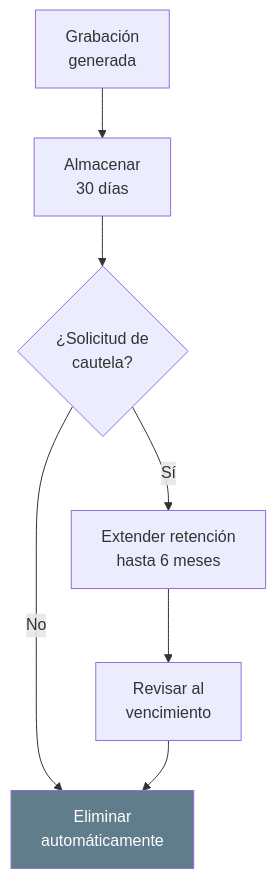
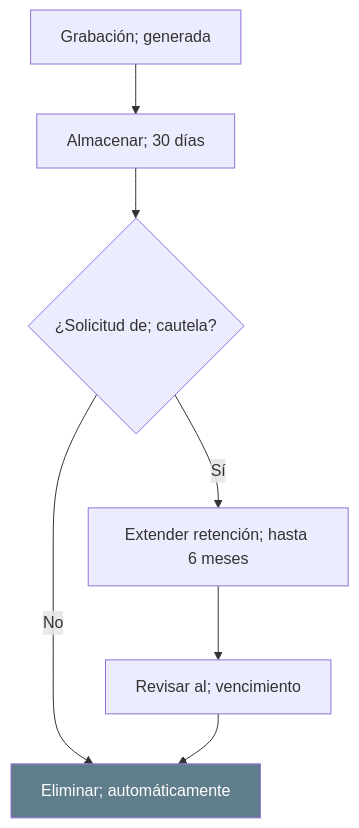
One commit to felix-antonio-sl/kora changed the seventh of 8 diagrams in drafts/gn/bpmn/bpmn-d09-cies-sitia.md. Above: the diagram before and after it, drawn with Mermaid. The commit also changed other lines of this file and 265 other files, not shown here.

````diff
--- a/drafts/gn/bpmn/bpmn-d09-cies-sitia.md
+++ b/drafts/gn/bpmn/bpmn-d09-cies-sitia.md
@@ -236,10 +280,11 @@
 ```mermaid
 flowchart TD
-    A["Grabación<br/>generada"] --> B["Almacenar<br/>30 días"]
-    B --> C{"¿Solicitud de<br/>cautela?"}
-    C -->|"Sí"| D["Extender retención<br/>hasta 6 meses"]
-    C -->|"No"| E["Eliminar<br/>automáticamente"]
-    D --> F["Revisar al<br/>vencimiento"]
-    F --> E
-    style E fill:#607D8B,color:#fff
+ A["Grabación; generada"] --> B["Almacenar; 30 días"]
+ B --> C{"¿Solicitud de; cautela?"}
+ C -->|"Sí"| D["Extender retención; hasta 6 meses"]
+ C -->|"No"| E["Eliminar; automáticamente"]
+ D --> F["Revisar al; vencimiento"]
+ F --> E
+
+ style E fill:#607D8B,color:#fff
 ```
````
